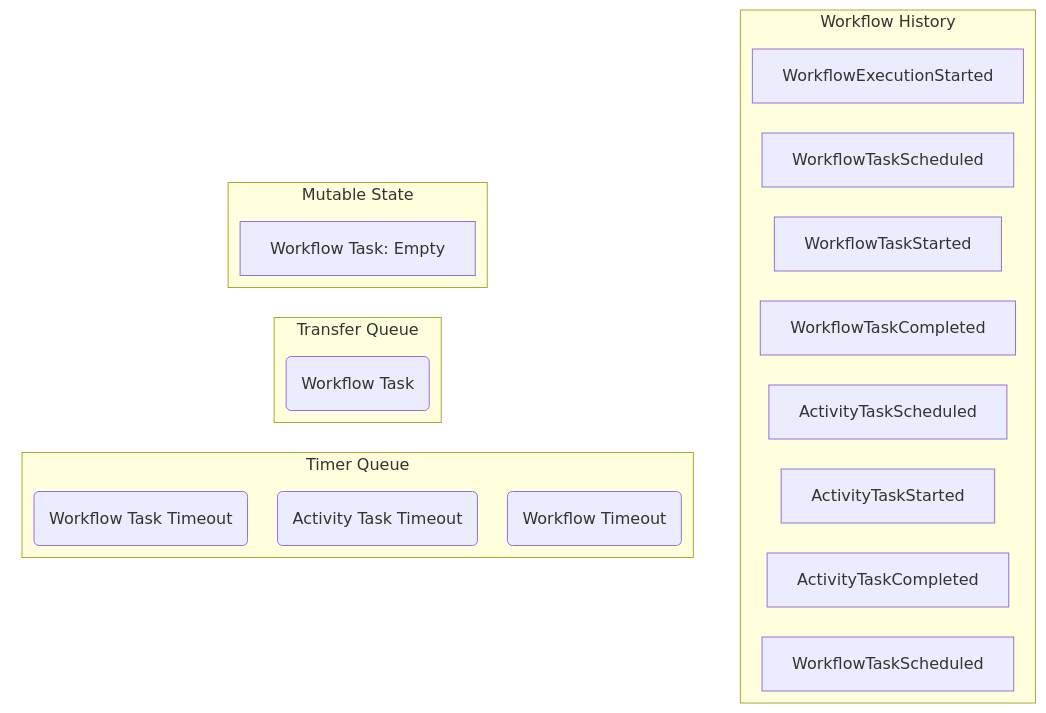
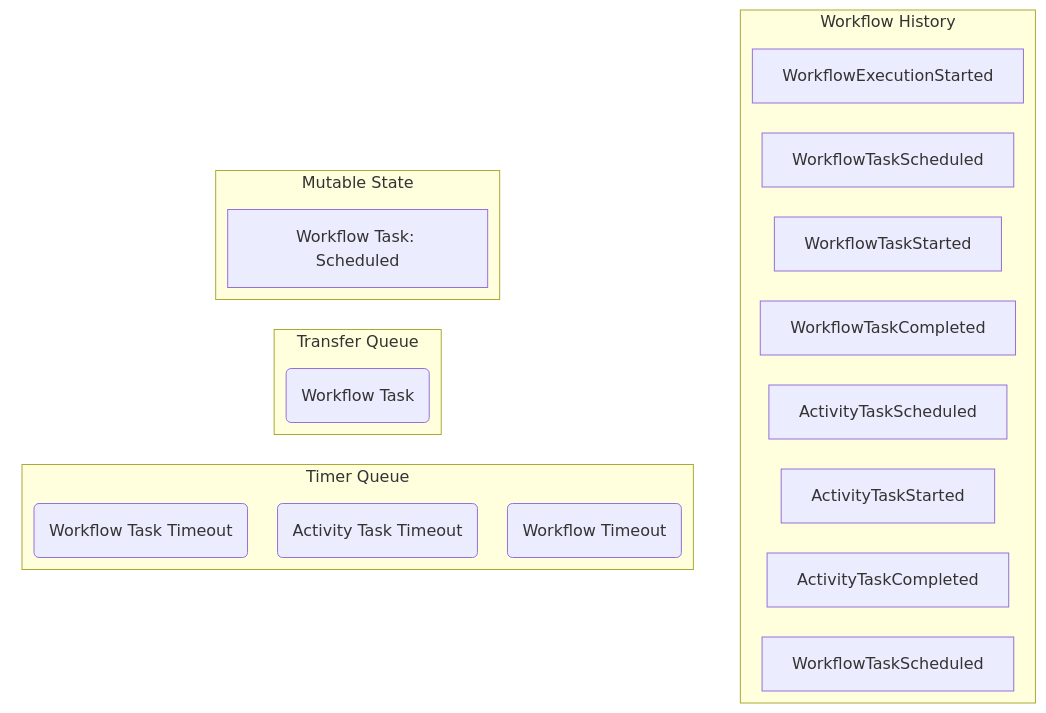
Before and after one commit to temporalio/temporal: the tenth of 14 diagrams in docs/architecture/workflow-lifecycle.md, drawn with Mermaid. The commit also changed other lines of this file and 2 other files, not shown here.

Commit message:
Fix workflow lifecycle and matching diagrams

````diff
--- a/docs/architecture/workflow-lifecycle.md
+++ b/docs/architecture/workflow-lifecycle.md
@@ -346,49 +346,49 @@
 ```mermaid
 ---
 config:
   layout: elk
 ---
 flowchart LR
    subgraph left["&nbsp"]
       direction TB
 
       subgraph ms[Mutable State]
          direction TB
 
-         ms1["Workflow Task: Empty"]
+         ms1["Workflow Task: Scheduled"]
       end
 
       subgraph transferQ[Transfer Queue]
          direction LR
 
          transfer1("Workflow Task")
       end
 
       subgraph timerQ[Timer Queue]
          direction LR
 
          timer1("Workflow Task Timeout") ~~~
          timer2("Activity Task Timeout") ~~~
          timer3("Workflow Timeout")
       end
 
       ms ~~~ transferQ ~~~ timerQ
    end
 
    subgraph history[Workflow History]
       direction TB
 
       e1[WorkflowExecutionStarted] ~~~
       e2[WorkflowTaskScheduled] ~~~
       e3[WorkflowTaskStarted] ~~~
       e4[WorkflowTaskCompleted] ~~~
       e5[ActivityTaskScheduled] ~~~
       e6[ActivityTaskStarted] ~~~
       e7[ActivityTaskCompleted] ~~~
       e8[WorkflowTaskScheduled]
    end
 
    left ~~~ history
 
    style left fill:transparent,stroke:transparent
 ```
````
